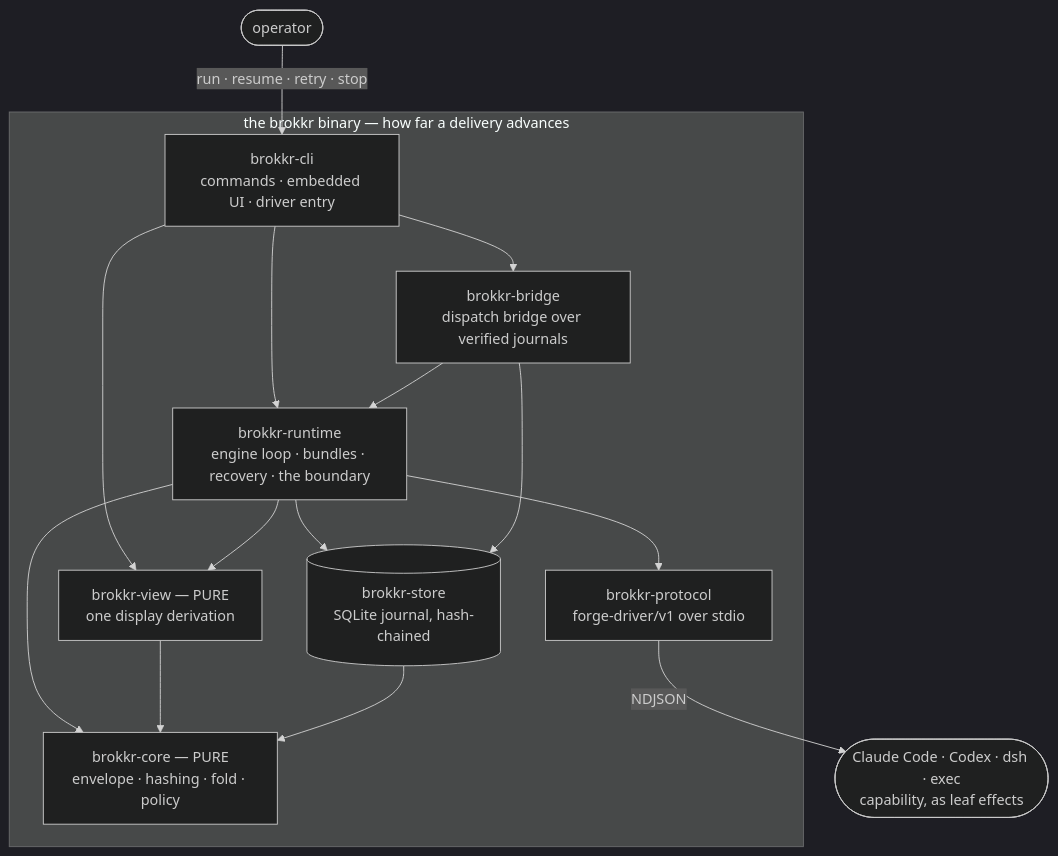
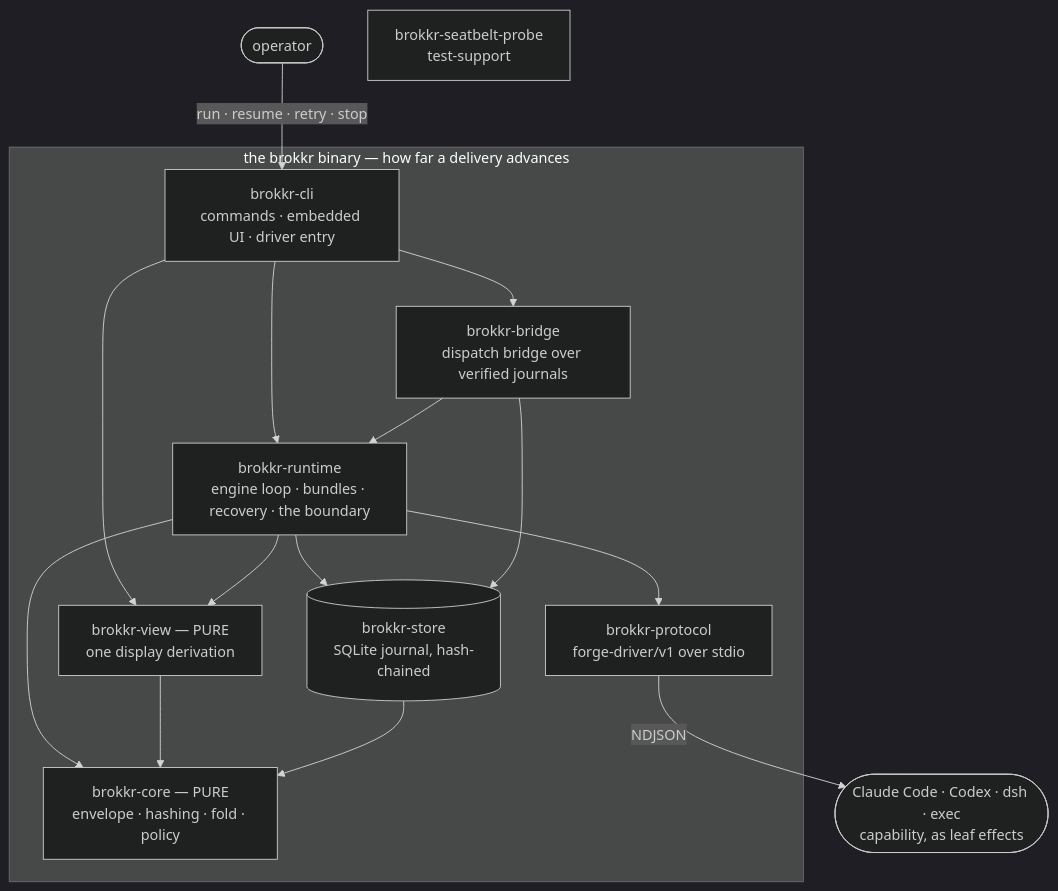
The first of 8 diagrams in ARCHITECTURE.md (feedback-loop-ai/brokkr), drawn with Mermaid (dark theme) before and after one commit. The commit also changed other lines of this file and 21 other files, not shown here.

````diff
--- a/ARCHITECTURE.md
+++ b/ARCHITECTURE.md
@@ -16,19 +16,20 @@
 ```mermaid
 flowchart TB
   operator([operator]) -- "run · resume · retry · stop" --> cli
   subgraph binary["the brokkr binary — how far a delivery advances"]
     cli["brokkr-cli<br/>commands · embedded UI · driver entry"]
     runtime["brokkr-runtime<br/>engine loop · bundles · recovery · the boundary"]
     core["brokkr-core — PURE<br/>envelope · hashing · fold · policy"]
     store[("brokkr-store<br/>SQLite journal, hash-chained")]
     protocol["brokkr-protocol<br/>forge-driver/v1 over stdio"]
     view["brokkr-view — PURE<br/>one display derivation"]
     bridge["brokkr-bridge<br/>dispatch bridge over verified journals"]
     cli --> runtime & view & bridge
     runtime --> core & store & protocol & view
     view --> core
     bridge --> store & runtime
     store --> core
   end
   protocol -- "NDJSON" --> harness([Claude Code · Codex · dsh · exec<br/>capability, as leaf effects])
+  seatbelt-probe["brokkr-seatbelt-probe<br/>test-support"]
 ```
````
